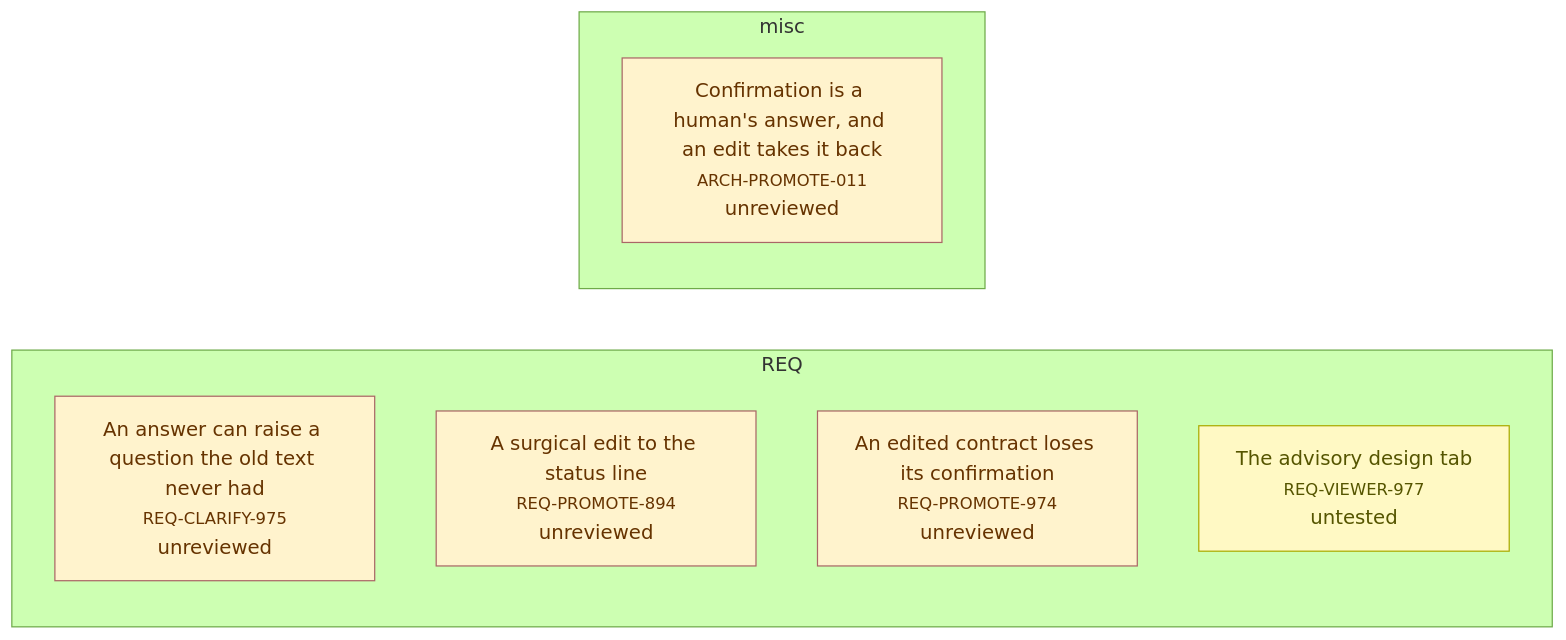
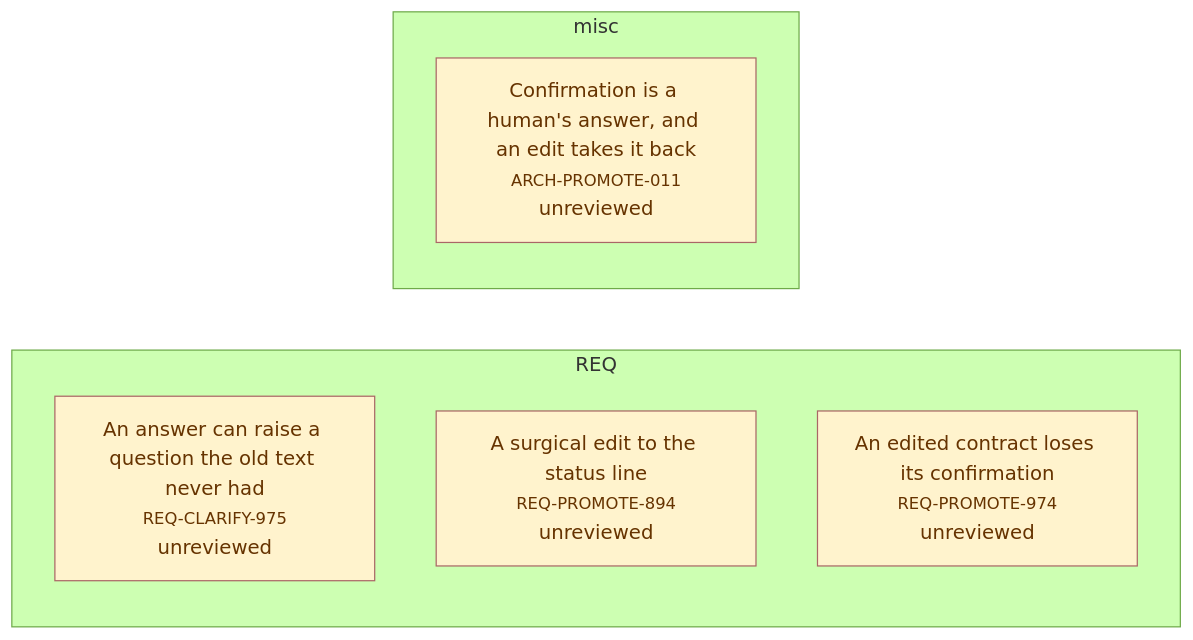
The fifth of 5 diagrams in plugin/requirements/_map.md (alxmax/Requirement-manager), drawn with Mermaid (forest theme) before and after one commit. The commit also changed other lines of this file and 13 other files, not shown here.

````diff
--- a/plugin/requirements/_map.md
+++ b/plugin/requirements/_map.md
@@ -960,17 +960,15 @@
 ```mermaid
 graph LR
   subgraph sg_REQ["REQ"]
     REQ_CLARIFY_975["An answer can raise a question the old text never had<br><small>REQ-CLARIFY-975</small><br>unreviewed"]
     REQ_PROMOTE_894["A surgical edit to the status line<br><small>REQ-PROMOTE-894</small><br>unreviewed"]
     REQ_PROMOTE_974["An edited contract loses its confirmation<br><small>REQ-PROMOTE-974</small><br>unreviewed"]
-    REQ_VIEWER_977["The advisory design tab<br><small>REQ-VIEWER-977</small><br>untested"]
   end
   subgraph sg_misc["misc"]
     ARCH_PROMOTE_011["Confirmation is a human's answer, and an edit takes it back<br><small>ARCH-PROMOTE-011</small><br>unreviewed"]
   end
   style REQ_CLARIFY_975 fill:#fff3cd,stroke:#a66,color:#630
   style ARCH_PROMOTE_011 fill:#fff3cd,stroke:#a66,color:#630
   style REQ_PROMOTE_894 fill:#fff3cd,stroke:#a66,color:#630
   style REQ_PROMOTE_974 fill:#fff3cd,stroke:#a66,color:#630
-  style REQ_VIEWER_977 fill:#fff9c4,stroke:#aa0,color:#550
 ```
````
